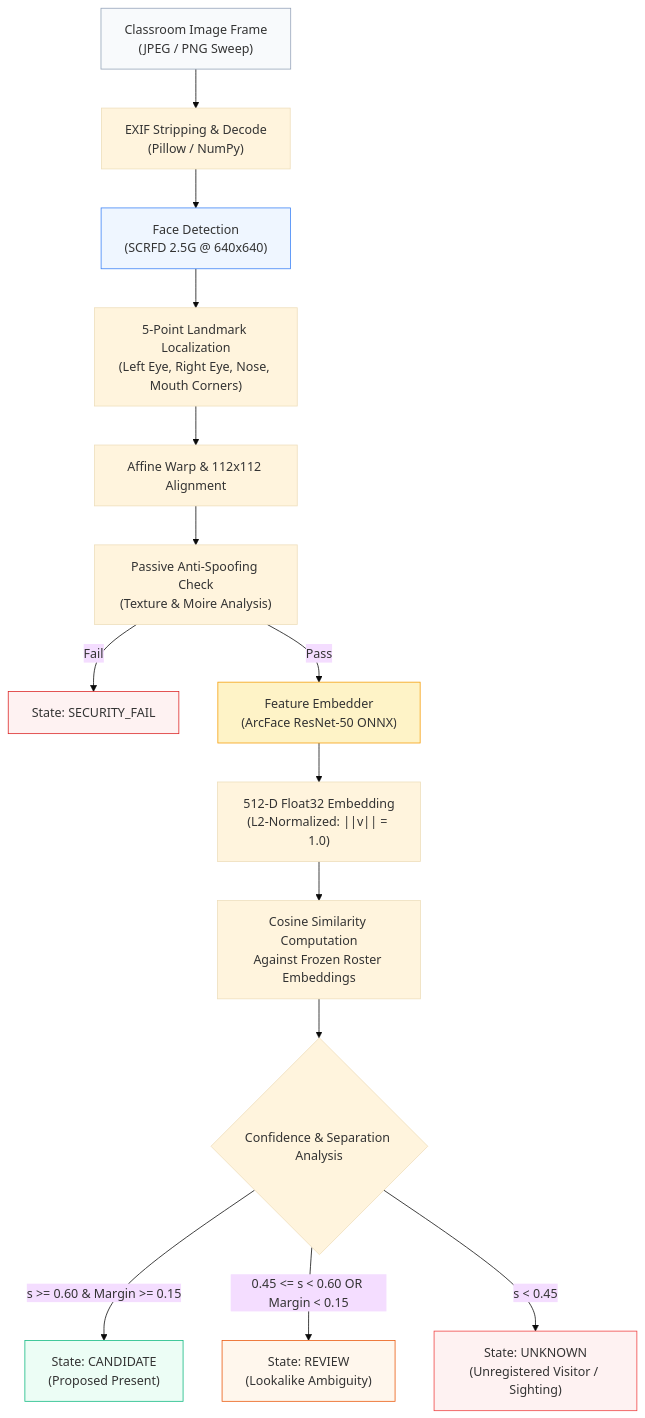
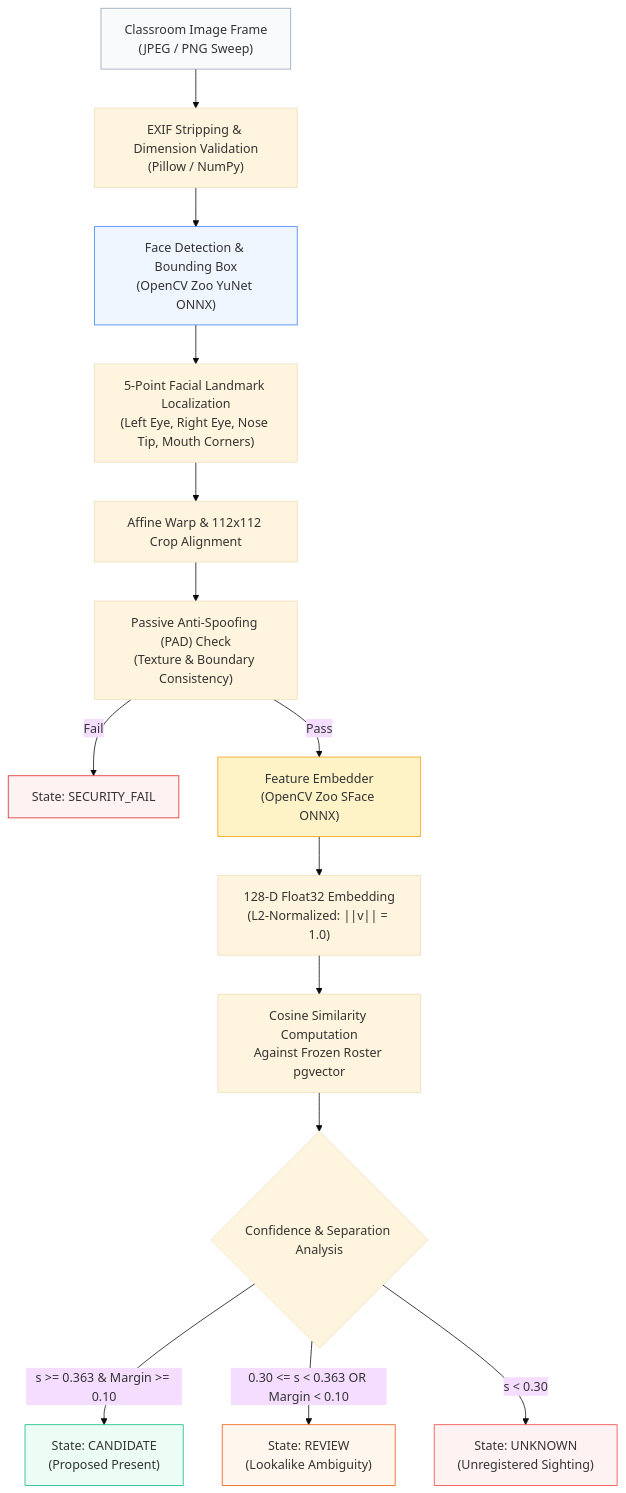
One commit to KatkamKoushik/K-Squared-Face-Recognition-Attendance-System changed the first of 2 diagrams in wiki/Computer-Vision-Pipeline.md. Above: the diagram before and after it, drawn with Mermaid (base theme). The commit also changed other lines of this file and 33 other files, not shown here.

````diff
--- a/wiki/Computer-Vision-Pipeline.md
+++ b/wiki/Computer-Vision-Pipeline.md
@@ -9,25 +9,25 @@
 ```mermaid
 flowchart TD
-    A["Classroom Image Frame<br/>(JPEG / PNG Sweep)"] --> B["EXIF Stripping & Decode<br/>(Pillow / NumPy)"]
-    B --> C["Face Detection<br/>(SCRFD 2.5G @ 640x640)"]
-    C --> D["5-Point Landmark Localization<br/>(Left Eye, Right Eye, Nose, Mouth Corners)"]
-    D --> E["Affine Warp & 112x112 Alignment"]
-    E --> F["Passive Anti-Spoofing Check<br/>(Texture & Moire Analysis)"]
+    A["Classroom Image Frame<br/>(JPEG / PNG Sweep)"] --> B["EXIF Stripping & Dimension Validation<br/>(Pillow / NumPy)"]
+    B --> C["Face Detection & Bounding Box<br/>(OpenCV Zoo YuNet ONNX)"]
+    C --> D["5-Point Facial Landmark Localization<br/>(Left Eye, Right Eye, Nose Tip, Mouth Corners)"]
+    D --> E["Affine Warp & 112x112 Crop Alignment"]
+    E --> F["Passive Anti-Spoofing (PAD) Check<br/>(Texture & Boundary Consistency)"]
     F -->|Fail| F1["State: SECURITY_FAIL"]
-    F -->|Pass| G["Feature Embedder<br/>(ArcFace ResNet-50 ONNX)"]
-    G --> H["512-D Float32 Embedding<br/>(L2-Normalized: ||v|| = 1.0)"]
-    H --> I["Cosine Similarity Computation<br/>Against Frozen Roster Embeddings"]
+    F -->|Pass| G["Feature Embedder<br/>(OpenCV Zoo SFace ONNX)"]
+    G --> H["128-D Float32 Embedding<br/>(L2-Normalized: ||v|| = 1.0)"]
+    H --> I["Cosine Similarity Computation<br/>Against Frozen Roster pgvector"]
 
     I --> J{Confidence & Separation Analysis}
-    J -->|"s >= 0.60 & Margin >= 0.15"| K["State: CANDIDATE<br/>(Proposed Present)"]
-    J -->|"0.45 <= s < 0.60 OR Margin < 0.15"| L["State: REVIEW<br/>(Lookalike Ambiguity)"]
-    J -->|"s < 0.45"| M["State: UNKNOWN<br/>(Unregistered Visitor / Sighting)"]
+    J -->|"s >= 0.363 & Margin >= 0.10"| K["State: CANDIDATE<br/>(Proposed Present)"]
+    J -->|"0.30 <= s < 0.363 OR Margin < 0.10"| L["State: REVIEW<br/>(Lookalike Ambiguity)"]
+    J -->|"s < 0.30"| M["State: UNKNOWN<br/>(Unregistered Sighting)"]
 
     style A fill:#f8fafc,stroke:#94a3b8
     style C fill:#eff6ff,stroke:#3b82f6
     style G fill:#fef3c7,stroke:#f59e0b
     style K fill:#ecfdf5,stroke:#10b981
     style L fill:#fff7ed,stroke:#ea580c
     style M fill:#fef2f2,stroke:#ef4444
     style F1 fill:#fef2f2,stroke:#dc2626
 ```
````
